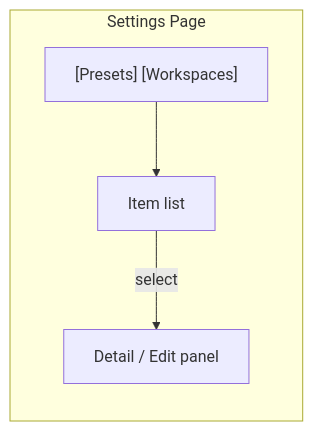
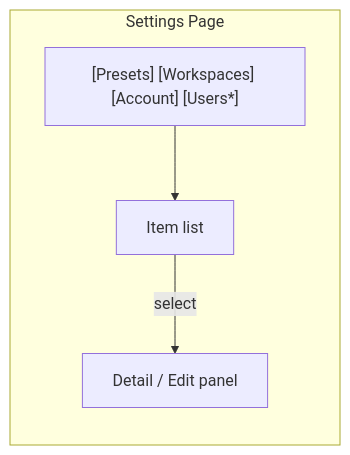
The diagram in ui/spec/03-settings.md (Wh1isper/netherbrain), drawn with Mermaid before and after one commit. The commit also changed other lines of this file and 57 other files, not shown here.

````diff
--- a/ui/spec/03-settings.md
+++ b/ui/spec/03-settings.md
@@ -9,11 +9,11 @@
 ```mermaid
 flowchart LR
     subgraph Settings["Settings Page"]
-        TABS["[Presets] [Workspaces]"]
+        TABS["[Presets] [Workspaces] [Account] [Users*]"]
         LIST["Item list"]
         DETAIL["Detail / Edit panel"]
     end
 
     TABS --> LIST
     LIST -->|"select"| DETAIL
 ```
````
